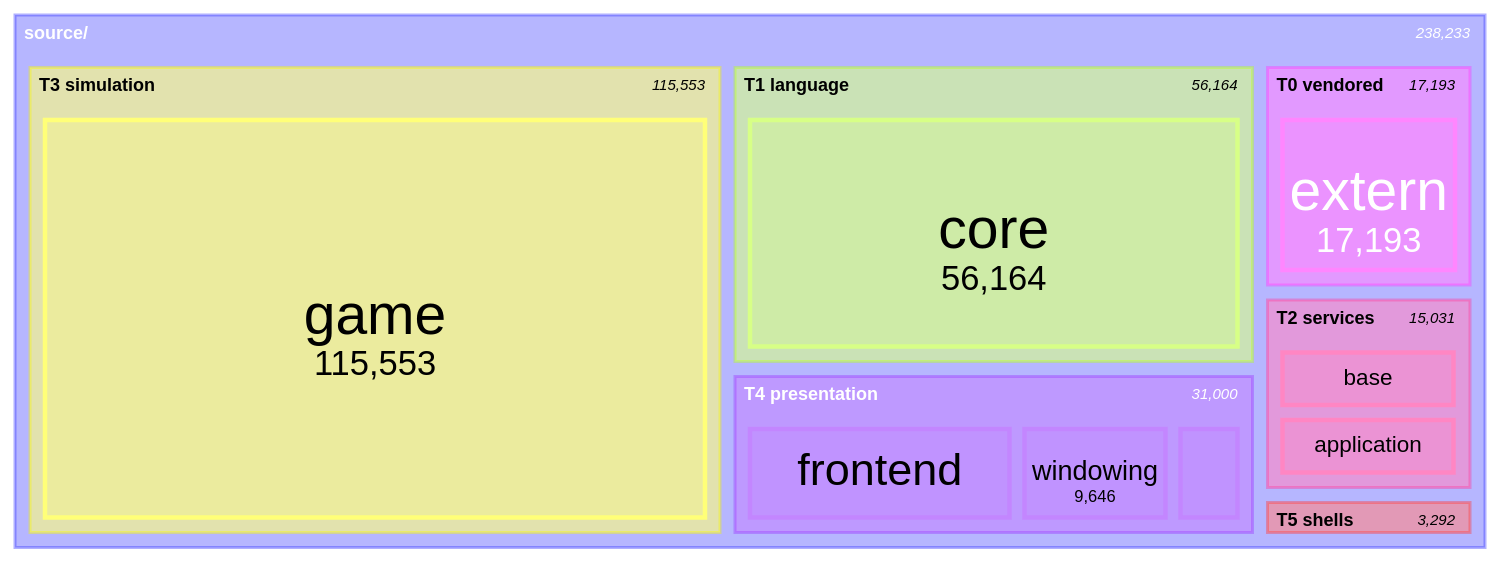
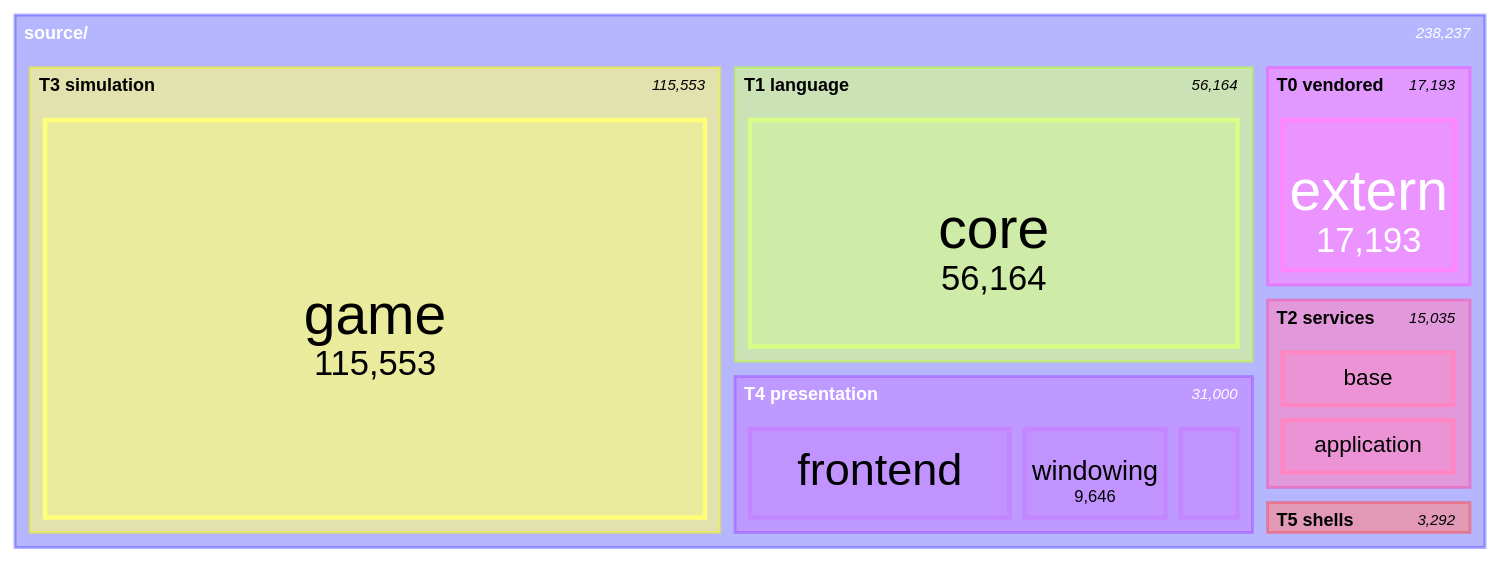
Before and after one commit to apnex/OpenStarbound: the seventh of 11 diagrams in docs/architecture/system-boundaries.md, drawn with Mermaid. The commit also changed other lines of this file and 2 other files, not shown here.

````diff
--- a/docs/architecture/system-boundaries.md
+++ b/docs/architecture/system-boundaries.md
@@ -577,21 +577,21 @@
 ```mermaid
 treemap-beta
 "source/"
     "T0 vendored"
         "extern": 17193
     "T1 language"
         "core": 56164
     "T2 services"
         "base": 7449
-        "application": 7440
+        "application": 7444
         "platform": 142
     "T3 simulation"
         "game": 115553
     "T4 presentation"
         "frontend": 16863
         "windowing": 9646
         "rendering": 4491
     "T5 shells"
         "client": 2509
         "server": 783
 ```
````
